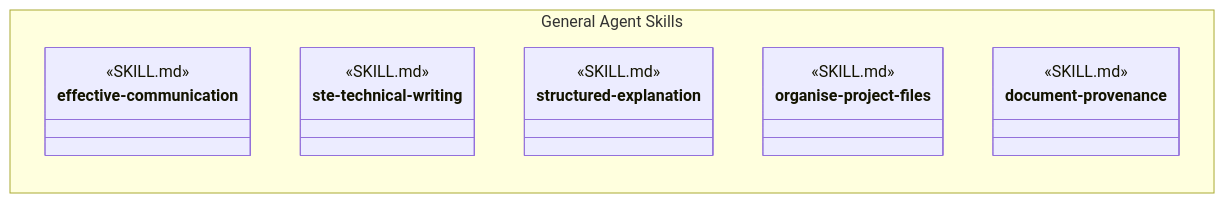
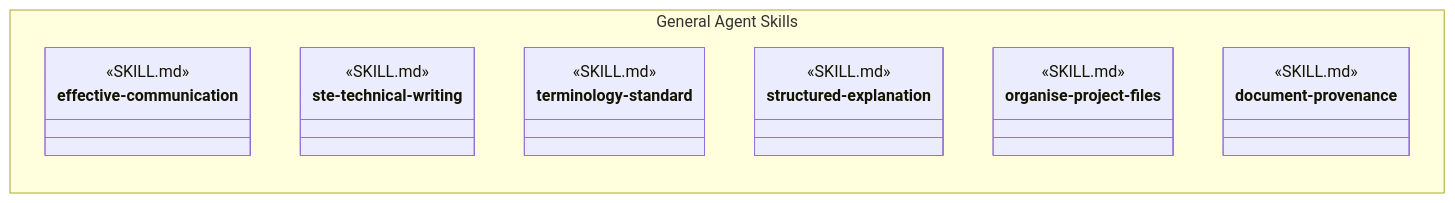
Before and after one commit to martinbechard/dev-methodology: the first of 3 diagrams in design/agents/general-agent-skills.md, drawn with Mermaid. The commit also changed other lines of this file and 144 other files, not shown here.

Commit message:
Apply terminology standard to every agent

````diff
--- a/design/agents/general-agent-skills.md
+++ b/design/agents/general-agent-skills.md
@@ -19,22 +19,25 @@
 ```mermaid
 classDiagram
     direction LR
 
     namespace GeneralAgentSkills["General Agent Skills"] {
         class effective-communication {
             <<SKILL.md>>
         }
         class ste-technical-writing {
+            <<SKILL.md>>
+        }
+        class terminology-standard {
             <<SKILL.md>>
         }
         class structured-explanation {
             <<SKILL.md>>
         }
         class organise-project-files {
             <<SKILL.md>>
         }
         class document-provenance {
             <<SKILL.md>>
         }
     }
 ```
````
